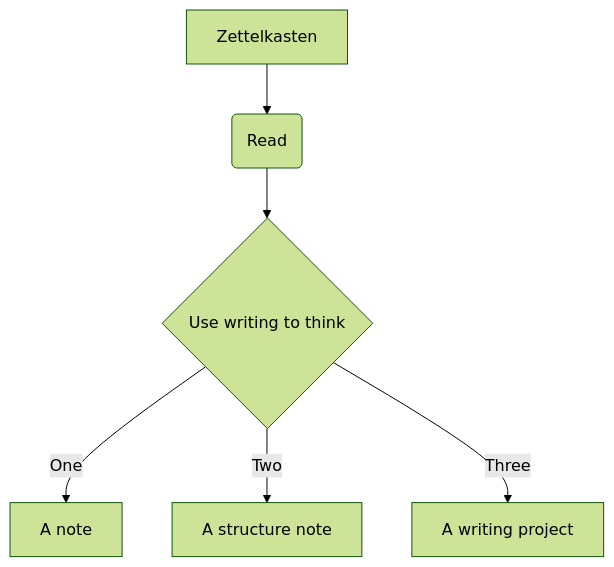
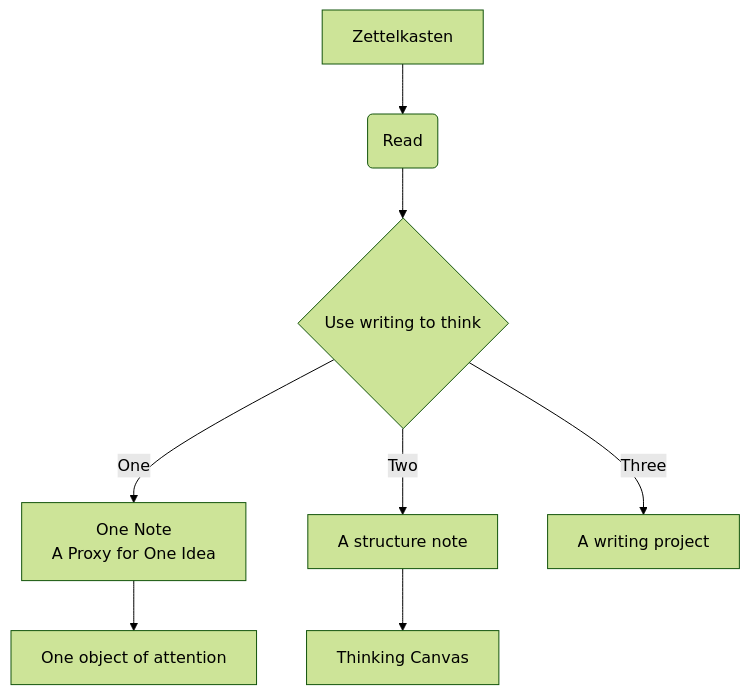
The diagram in Charts/zk-simple.md (woodenzen/Zettelkasting-Tools), drawn with Mermaid (forest theme) before and after one commit. The commit also changed 1 other file, not shown here.

Commit message:
chore: Update VSCode settings and color customizations

````diff
--- a/Charts/zk-simple.md
+++ b/Charts/zk-simple.md
@@ -1,9 +1,11 @@
 ```mermaid
 flowchart TD
     A[Zettelkasten] --> B(Read)
     B --> C{Use writing to think}
-    C -->|One| D[A note]
+    C -->|One| D[One Note \n A Proxy for One Idea]
     C -->|Two| E[A structure note]
     C -->|Three| F[A writing project]
+    D --> G[One object of attention]
+    E --> H[Thinking Canvas]
 
 ```    
````
